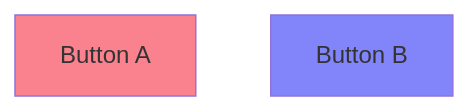
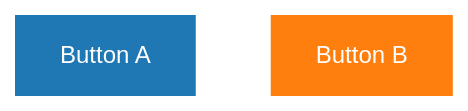
Before and after one commit to sighingnow/jekyll-gitbook: the second of 3 diagrams in _posts/2024-05-27-exp_design.md, drawn with Mermaid. The commit also changed other lines of this file and 1 other file, not shown here.

````diff
--- a/_posts/2024-05-27-exp_design.md
+++ b/_posts/2024-05-27-exp_design.md
@@ -97,9 +97,9 @@
 ```mermaid
 graph TD;
 id1["Button A"];
 id2["Button B"];
 
-style id1 fill:#fa828e
-style id2 fill:#8284fa
+style id1 fill:#1f77b4,stroke-width:0px,color:white
+style id2 fill:#ff7f0e,stroke-width:0px,color:white
 
 ```
````
